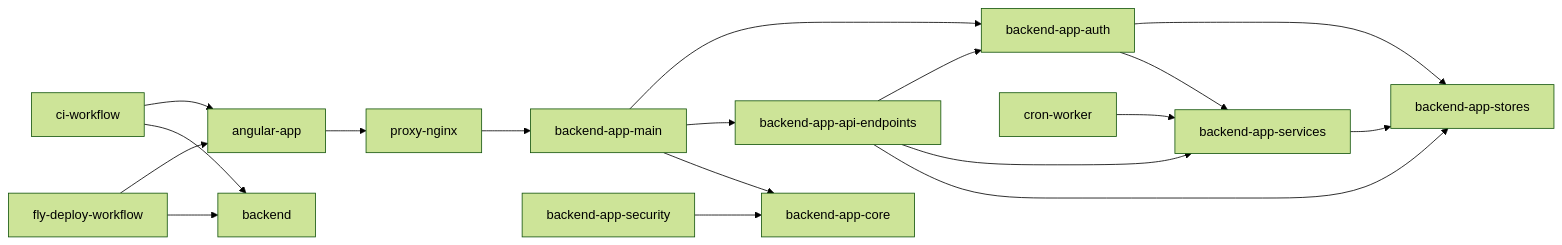
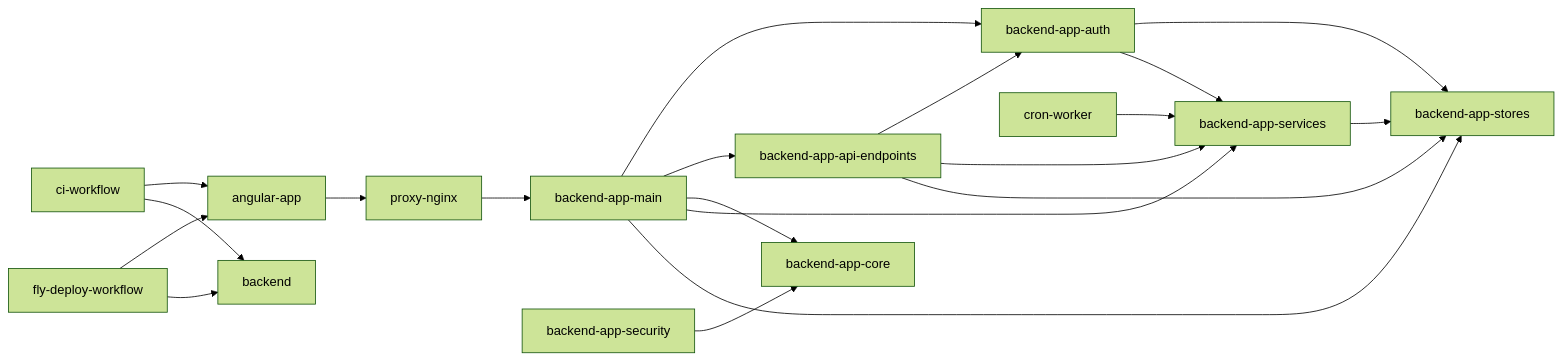
Before and after one commit to Mutinho/futmondo-analytics: the diagram in aidlc/spaces/default/codekb/futmondo-analytics/dependencies.md, drawn with Mermaid (forest theme). The commit also changed other lines of this file and 175 other files, not shown here.

````diff
--- a/aidlc/spaces/default/codekb/futmondo-analytics/dependencies.md
+++ b/aidlc/spaces/default/codekb/futmondo-analytics/dependencies.md
@@ -66,20 +64,22 @@
 ```mermaid
 graph LR
     angular["angular-app"] --> proxy["proxy-nginx"]
     proxy --> main["backend-app-main"]
     main --> auth["backend-app-auth"]
     main --> endpoints["backend-app-api-endpoints"]
     main --> core["backend-app-core"]
+    main --> services["backend-app-services"]
+    main --> stores["backend-app-stores"]
     endpoints --> auth
-    endpoints --> services["backend-app-services"]
-    endpoints --> stores["backend-app-stores"]
+    endpoints --> services
+    endpoints --> stores
     auth --> stores
     auth --> services
     services --> stores
     security["backend-app-security"] --> core
     cron["cron-worker"] --> services
     ci["ci-workflow"] --> angular
     ci --> backendpkg["backend"]
     fd["fly-deploy-workflow"] --> angular
     fd --> backendpkg
 ```
````
